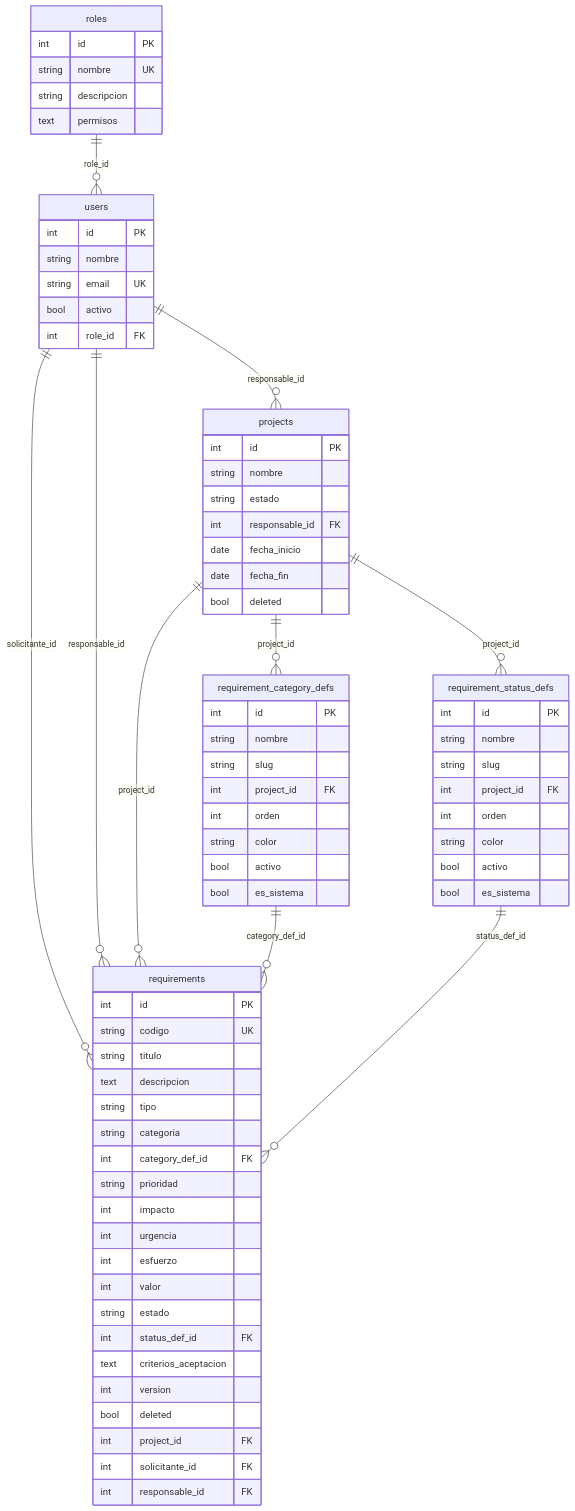
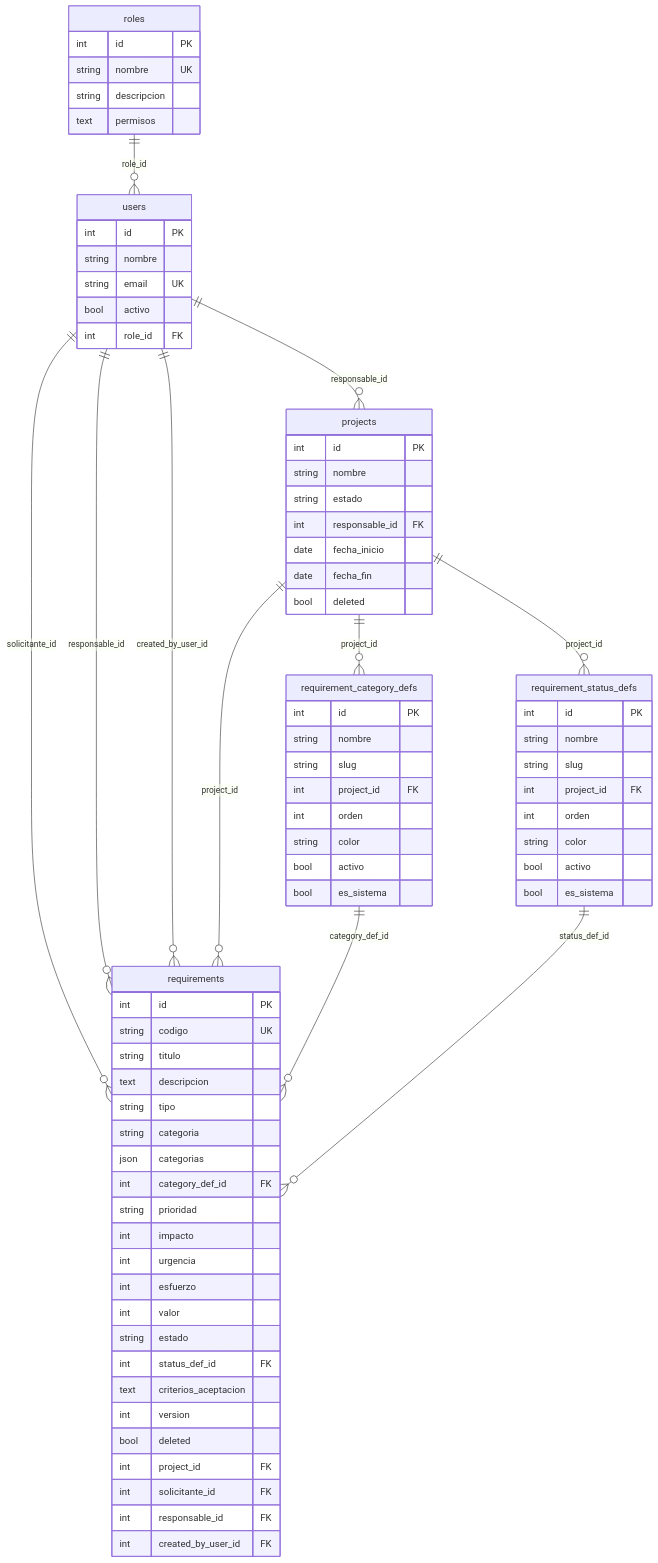
Before and after one commit to Misael-Marcano/healthplus: the first of 3 diagrams in Docs/database-diagrams.md, drawn with Mermaid. The commit also changed other lines of this file and 26 other files, not shown here.

````diff
--- a/Docs/database-diagrams.md
+++ b/Docs/database-diagrams.md
@@ -21,6 +21,7 @@
   users ||--o{ projects : "responsable_id"
   users ||--o{ requirements : "solicitante_id"
   users ||--o{ requirements : "responsable_id"
+  users ||--o{ requirements : "created_by_user_id"
   projects ||--o{ requirements : "project_id"
   projects ||--o{ requirement_category_defs : "project_id"
   projects ||--o{ requirement_status_defs : "project_id"
@@ -81,6 +82,7 @@
     text descripcion
     string tipo
     string categoria
+    json categorias
     int category_def_id FK
     string prioridad
     int impacto
@@ -95,5 +97,6 @@
     int project_id FK
     int solicitante_id FK
     int responsable_id FK
+    int created_by_user_id FK
   }
 ```
````
